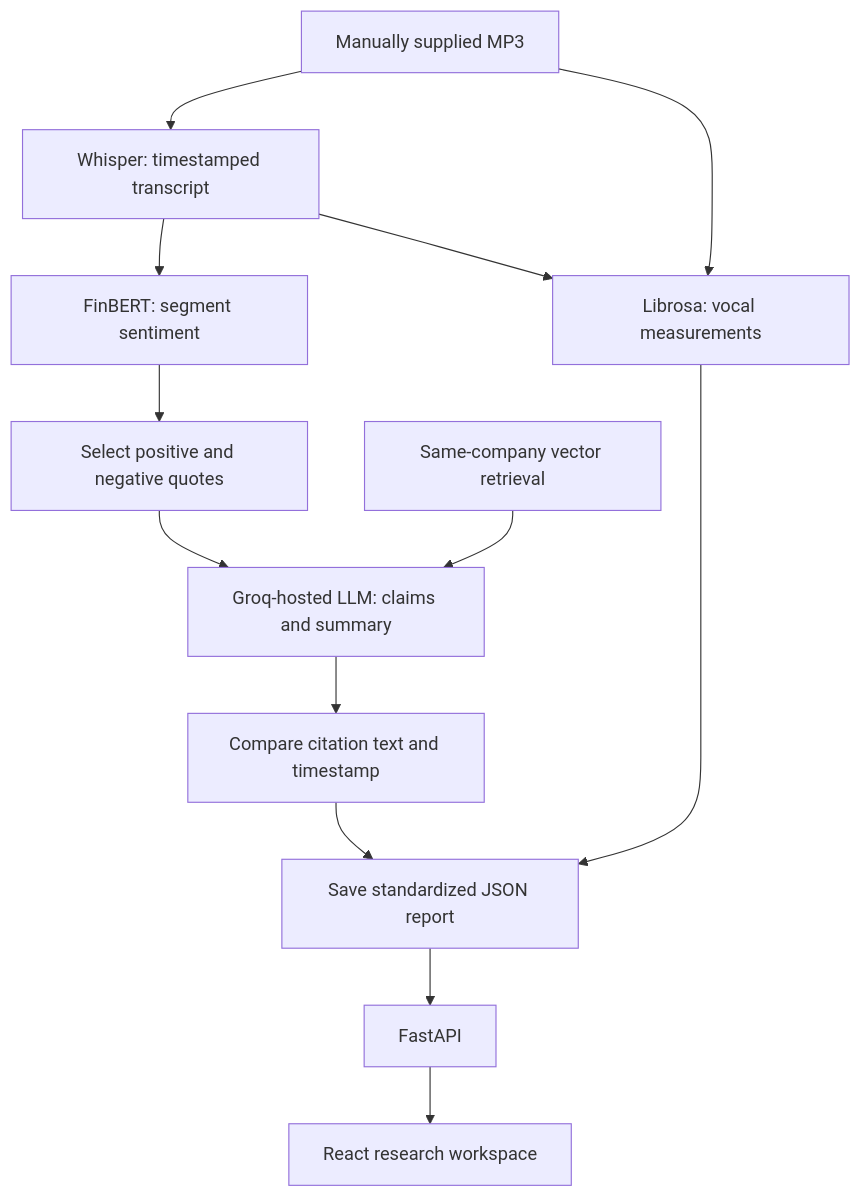
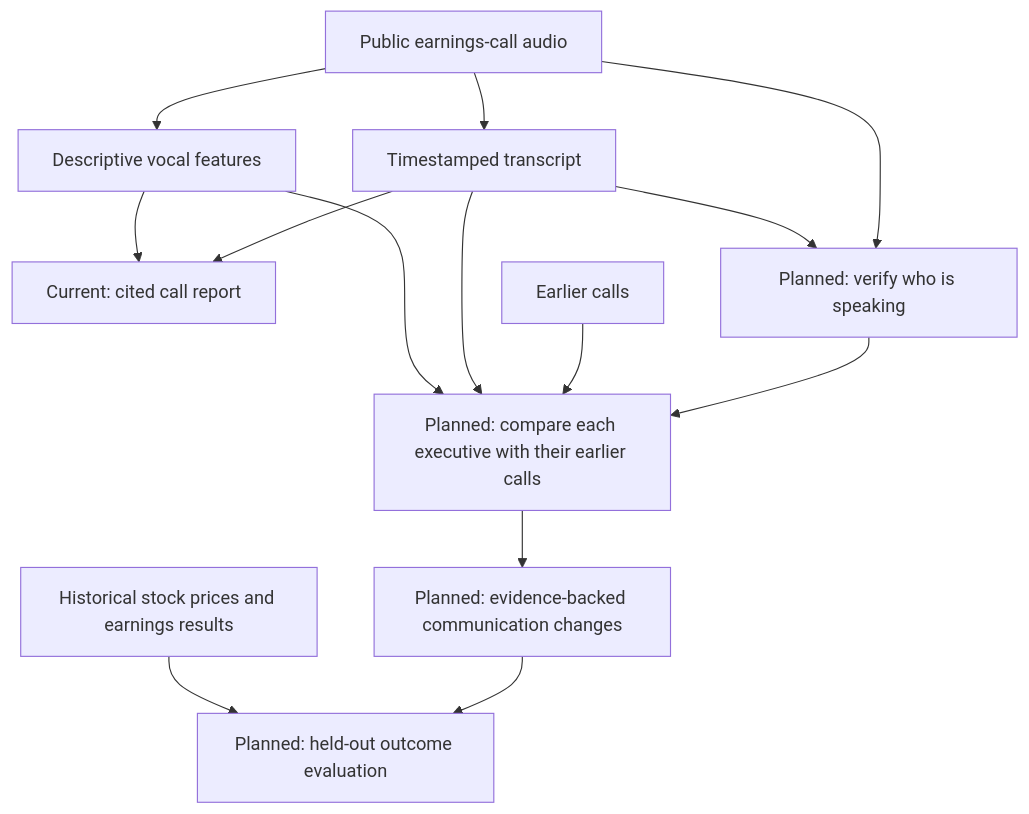
The diagram in README.md (Kruthi-choudary/candor-research), drawn with Mermaid before and after one commit. The commit also changed other lines of this file and 1 other file, not shown here.

````diff
--- a/README.md
+++ b/README.md
@@ -86,15 +38,16 @@
 ```mermaid
 flowchart TD
-    Audio[Manually supplied MP3] --> Whisper[Whisper: timestamped transcript]
-    Whisper --> FinBERT[FinBERT: segment sentiment]
-    FinBERT --> Selection[Select positive and negative quotes]
-    Selection --> LLM[Groq-hosted LLM: claims and summary]
-    Index[Same-company vector retrieval] --> LLM
-    LLM --> Check[Compare citation text and timestamp]
-    Check --> Report[Save standardized JSON report]
-    Audio --> Features[Librosa: vocal measurements]
-    Whisper --> Features
-    Features --> Report
-    Report --> API[FastAPI]
-    API --> UI[React research workspace]
+    A[Public earnings-call audio] --> T[Timestamped transcript]
+    A --> V[Descriptive vocal features]
+    T --> R[Current: cited call report]
+    V --> R
+    A --> S[Planned: verify who is speaking]
+    T --> S
+    S --> H[Planned: compare each executive with their earlier calls]
+    C[Earlier calls] --> H
+    T --> H
+    V --> H
+    H --> E[Planned: evidence-backed communication changes]
+    E --> B[Planned: held-out outcome evaluation]
+    P[Historical stock prices and earnings results] --> B
 ```
````
